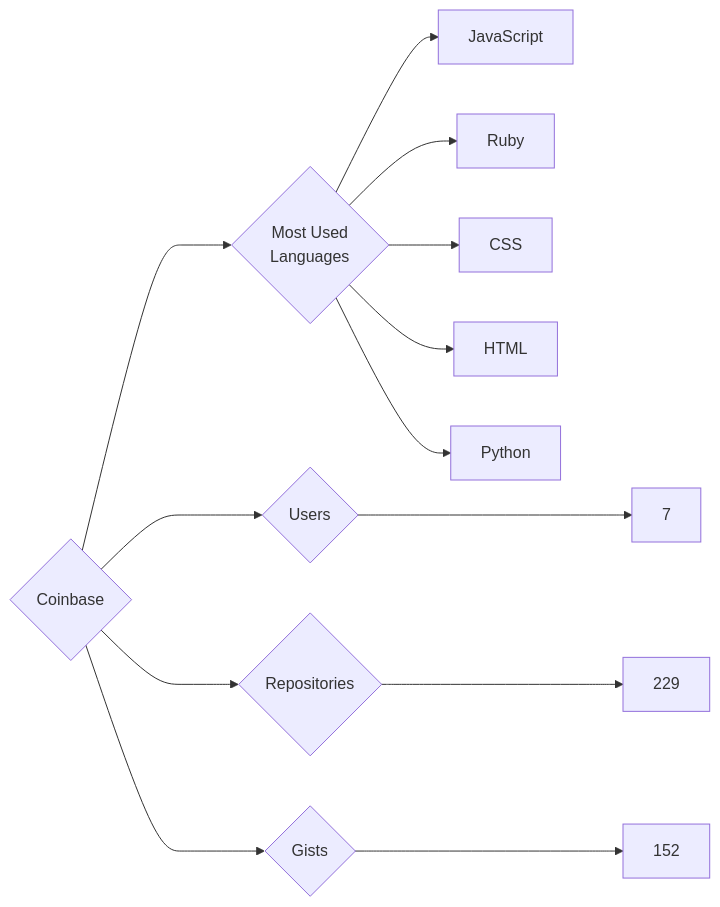
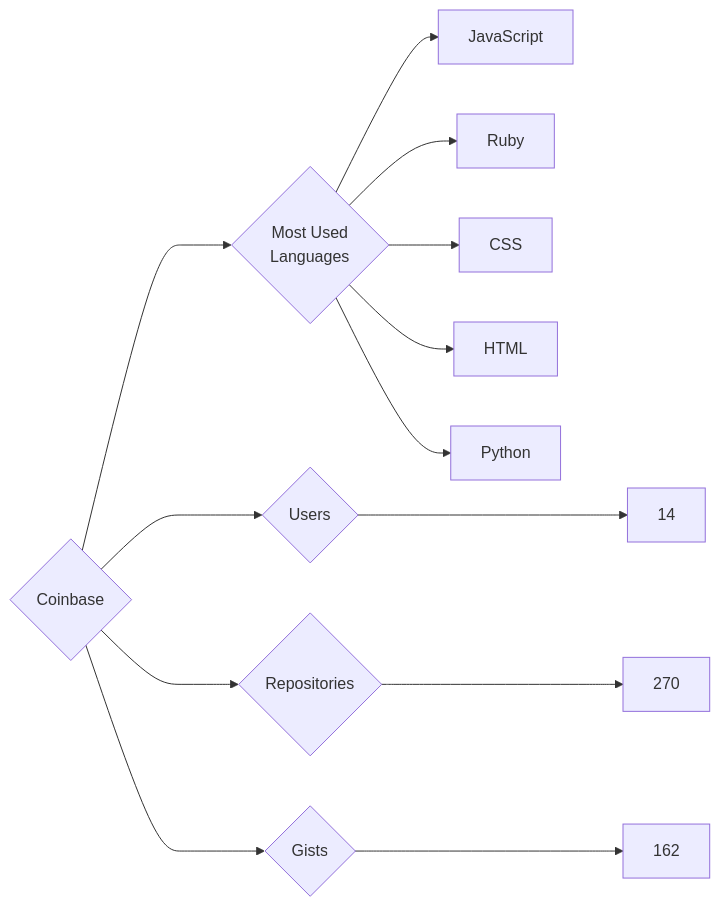
One commit to trickest/insiders changed the diagram in targets/Coinbase/README.md. Above: the diagram before and after it, drawn with Mermaid. The commit also changed 912 other files, not shown here.

````diff
--- a/targets/Coinbase/README.md
+++ b/targets/Coinbase/README.md
@@ -3,13 +3,13 @@
 ```mermaid
 graph LR
 COMPANY_NAME{Coinbase}
-COMPANY_NAME ---> U{Users} ---> UN[7]
-COMPANY_NAME ---> R{Repositories} ---> RN[229]
-COMPANY_NAME ---> G{Gists} ---> GN[152]
+COMPANY_NAME ---> U{Users} ---> UN[14]
+COMPANY_NAME ---> R{Repositories} ---> RN[270]
+COMPANY_NAME ---> G{Gists} ---> GN[162]
 COMPANY_NAME ---> ML{Most Used<br>Languages}
 ML --> JavaScript[JavaScript]
 ML --> Ruby[Ruby]
 ML --> CSS[CSS]
 ML --> HTML[HTML]
 ML --> Python[Python]
 ```
````
